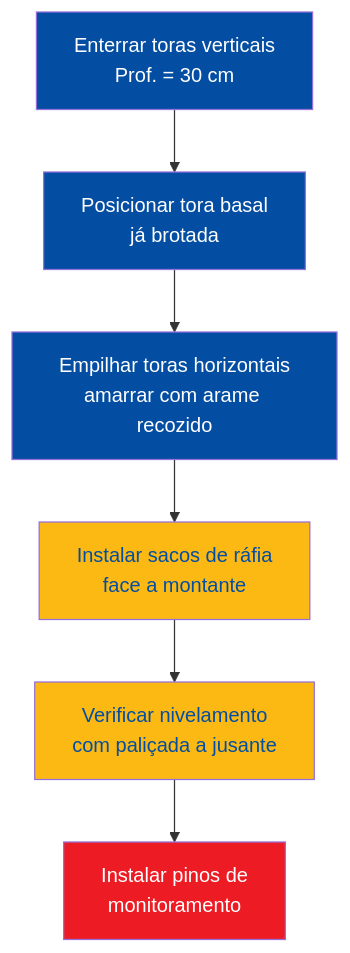
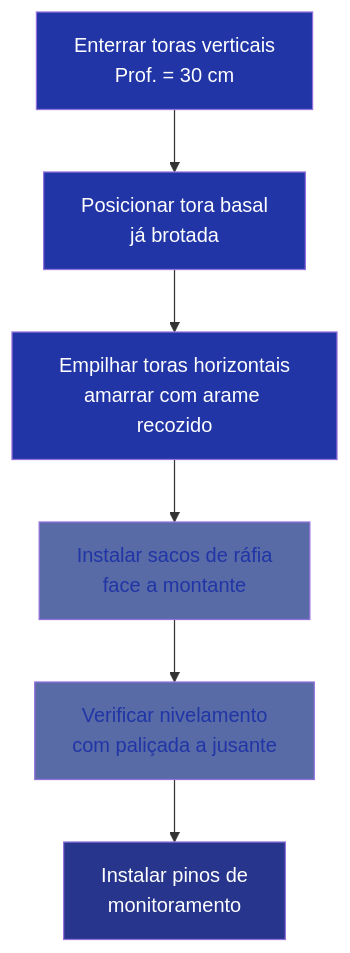
The second of 2 diagrams in aulas/bioengenharia_de_solos/aulas/palicadas_controle_ravinas/palicadas_controle_ravinas.qmd (ldvsantos/cv), drawn with Mermaid before and after one commit. The commit also changed other lines of this file and 466 other files, not shown here.

````diff
--- a/aulas/bioengenharia_de_solos/aulas/palicadas_controle_ravinas/palicadas_controle_ravinas.qmd
+++ b/aulas/bioengenharia_de_solos/aulas/palicadas_controle_ravinas/palicadas_controle_ravinas.qmd
@@ -485,16 +483,16 @@
 ```{mermaid}
 %%| fig-width: 5.5
 flowchart TD
     A[Enterrar toras verticais<br>Prof. = 30 cm] --> B[Posicionar tora basal<br>já brotada]
     B --> C[Empilhar toras horizontais<br>amarrar com arame recozido]
     C --> D[Instalar sacos de ráfia<br>face a montante]
     D --> E[Verificar nivelamento<br>com paliçada a jusante]
     E --> F[Instalar pinos de<br>monitoramento]
     
-    style A fill:#034EA2,color:#fff
-    style B fill:#034EA2,color:#fff
-    style C fill:#034EA2,color:#fff
-    style D fill:#FDB913,color:#034EA2
-    style E fill:#FDB913,color:#034EA2
-    style F fill:#ED1C24,color:#fff
+    style A fill:#2135A6,color:#fff
+    style B fill:#2135A6,color:#fff
+    style C fill:#2135A6,color:#fff
+    style D fill:#586BA6,color:#2135A6
+    style E fill:#586BA6,color:#2135A6
+    style F fill:#27368C,color:#fff
 ```
````
